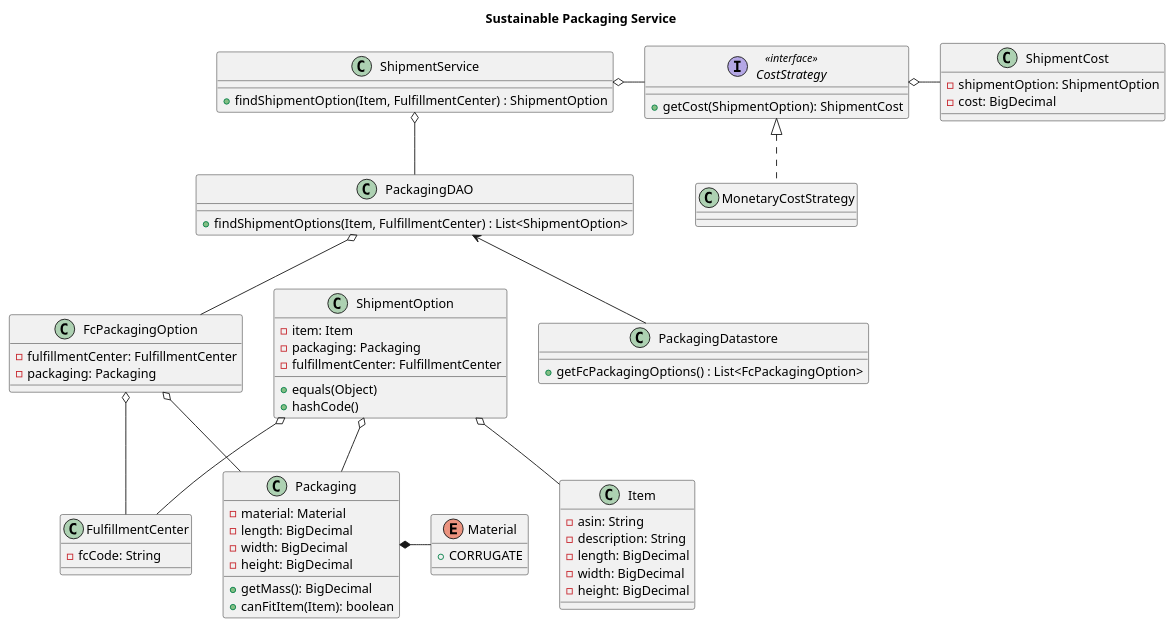
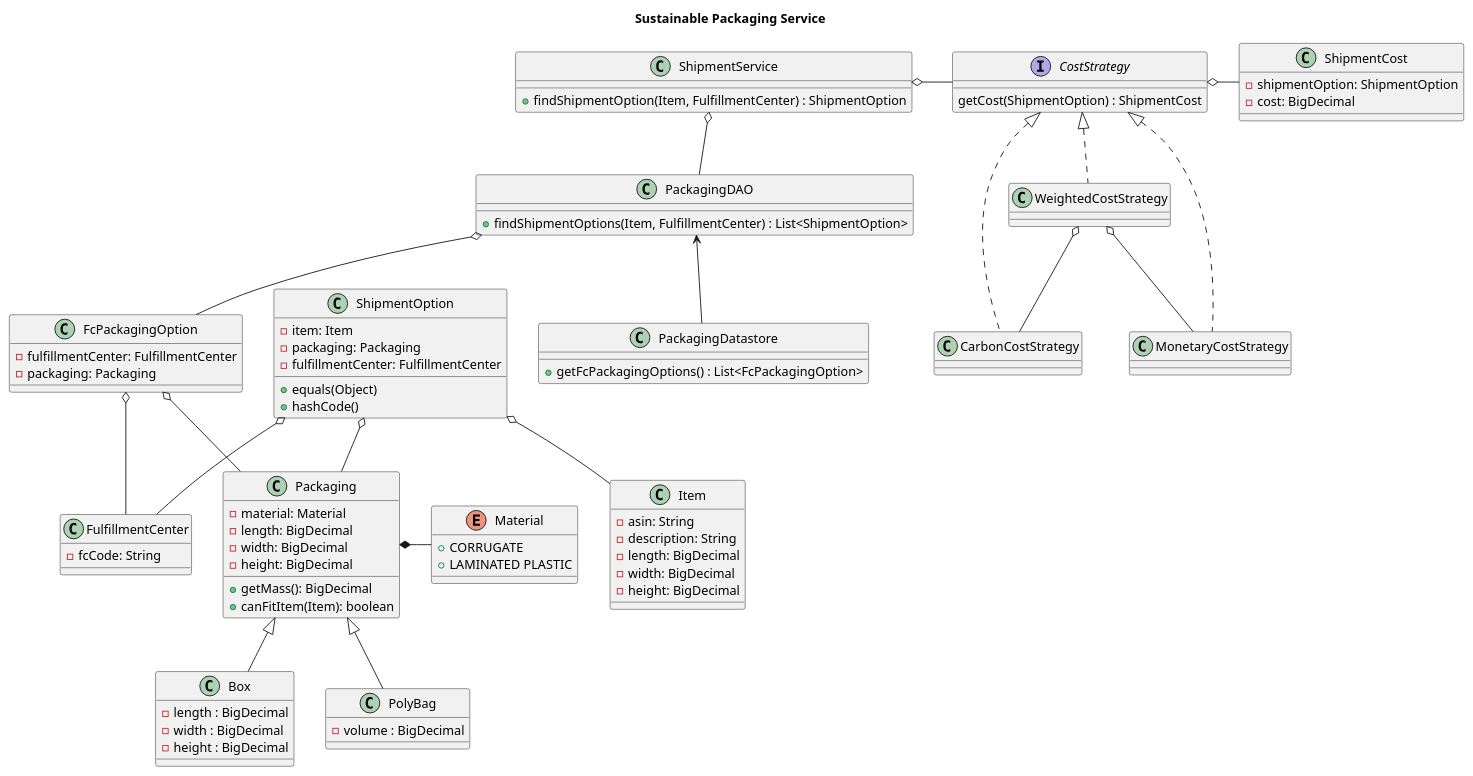
Before and after one commit to Mattheus85/SustainabilityShipmentService_Lambda: the diagram in src/resources/sustainable_packaging_CD.puml, drawn with PlantUML. The commit also changed 10 other files, not shown here.

```diff
--- a/src/resources/sustainable_packaging_CD.puml
+++ b/src/resources/sustainable_packaging_CD.puml
@@ -1,81 +1,99 @@
 @startuml
 title Sustainable Packaging Service
 
 'https://tiny.amazon.com/vjm4xbw7/plancorpamazplanformencohtml
 
 class ShipmentService {
   + findShipmentOption(Item, FulfillmentCenter) : ShipmentOption
 }
 
 class PackagingDAO {
   + findShipmentOptions(Item, FulfillmentCenter) : List<ShipmentOption>
 }
 
 class PackagingDatastore {
   + getFcPackagingOptions() : List<FcPackagingOption>
 }
 
 class Item {
   -asin: String
   -description: String
   -length: BigDecimal
   -width: BigDecimal
   -height: BigDecimal
 }
 
 class FulfillmentCenter {
   -fcCode: String
 }
 
 class ShipmentOption {
   -item: Item
   -packaging: Packaging
   -fulfillmentCenter: FulfillmentCenter
   + equals(Object)
   + hashCode()
 }
 
 class ShipmentCost {
   -shipmentOption: ShipmentOption
   -cost: BigDecimal
 }
 
 class Packaging {
   -material: Material
   -length: BigDecimal
   -width: BigDecimal
   -height: BigDecimal
   +getMass(): BigDecimal
   +canFitItem(Item): boolean
 }
 
+class Box {
+-length : BigDecimal
+-width : BigDecimal
+-height : BigDecimal
+}
+
+class PolyBag {
+-volume : BigDecimal
+}
+
 enum Material {
   + CORRUGATE
+  + LAMINATED PLASTIC
 }
 
 class FcPackagingOption {
   -fulfillmentCenter: FulfillmentCenter
   -packaging: Packaging
 }
 
-interface CostStrategy<<interface>> {
-  +getCost(ShipmentOption): ShipmentCost
+interface CostStrategy {
+getCost(ShipmentOption) : ShipmentCost
 }
 
-class MonetaryCostStrategy {
-}
+class MonetaryCostStrategy
+class CarbonCostStrategy
+class WeightedCostStrategy
 
+CostStrategy <|.. MonetaryCostStrategy
+CostStrategy <|.. CarbonCostStrategy
+CostStrategy <|.. WeightedCostStrategy
+WeightedCostStrategy o-- CarbonCostStrategy
+WeightedCostStrategy o-- MonetaryCostStrategy
 ShipmentService o-- PackagingDAO
 ShipmentService o- CostStrategy
 PackagingDAO o-- FcPackagingOption
 PackagingDAO <-- PackagingDatastore
 FcPackagingOption o-- FulfillmentCenter
 FcPackagingOption o-- Packaging
 Packaging *- Material
+Packaging <|-- Box
+Packaging <|-- PolyBag
 ShipmentOption o-- Item
 ShipmentOption o-- Packaging
 ShipmentOption o-- FulfillmentCenter
 CostStrategy o- ShipmentCost
 
-CostStrategy <|.. MonetaryCostStrategy
 @enduml
```
